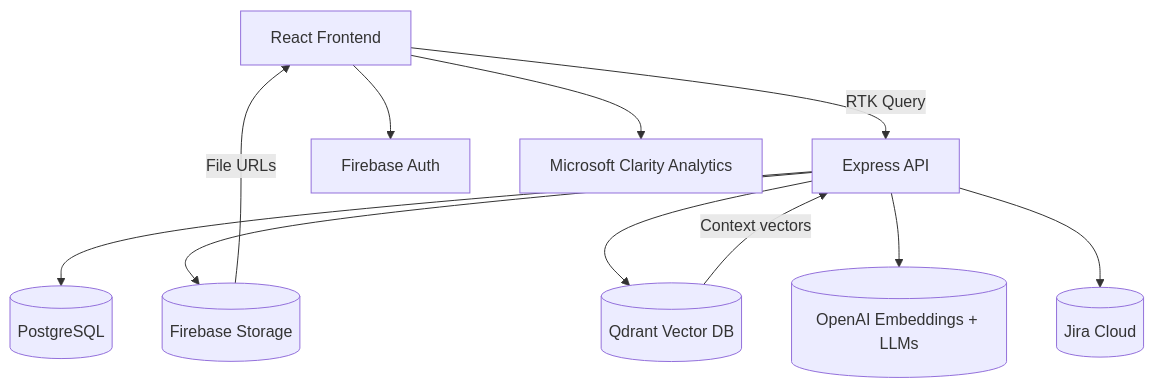
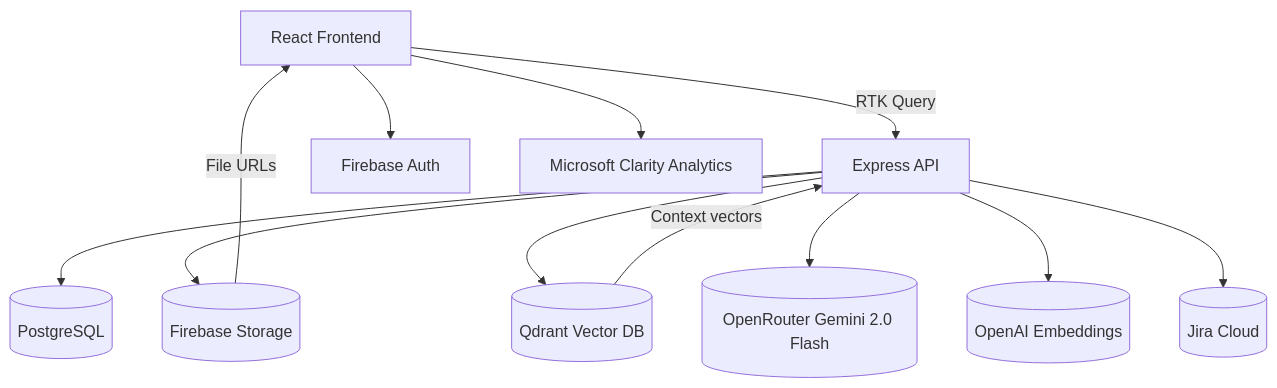
Before and after one commit to blueberrybytes/plan-ai: the diagram in README.md, drawn with Mermaid. The commit also changed other lines of this file and 4 other files, not shown here.

Commit message:
OpenRouter

````diff
--- a/README.md
+++ b/README.md
@@ -22,13 +22,14 @@
 ```mermaid
 graph TD
   FE[React Frontend] -->|RTK Query| BE[Express API]
   FE --> FirebaseAuth[Firebase Auth]
   FE --> Clarity[Microsoft Clarity Analytics]
   BE --> Postgres[(PostgreSQL)]
   BE --> FirebaseStorage[(Firebase Storage)]
   BE --> Qdrant[(Qdrant Vector DB)]
-  BE --> OpenAI[(OpenAI Embeddings + LLMs)]
+  BE --> OpenRouter[(OpenRouter Gemini 2.0 Flash)]
+  BE --> OpenAI[(OpenAI Embeddings)]
   BE --> Jira[(Jira Cloud)]
   Qdrant -->|Context vectors| BE
   FirebaseStorage -->|File URLs| FE
 ```
````
